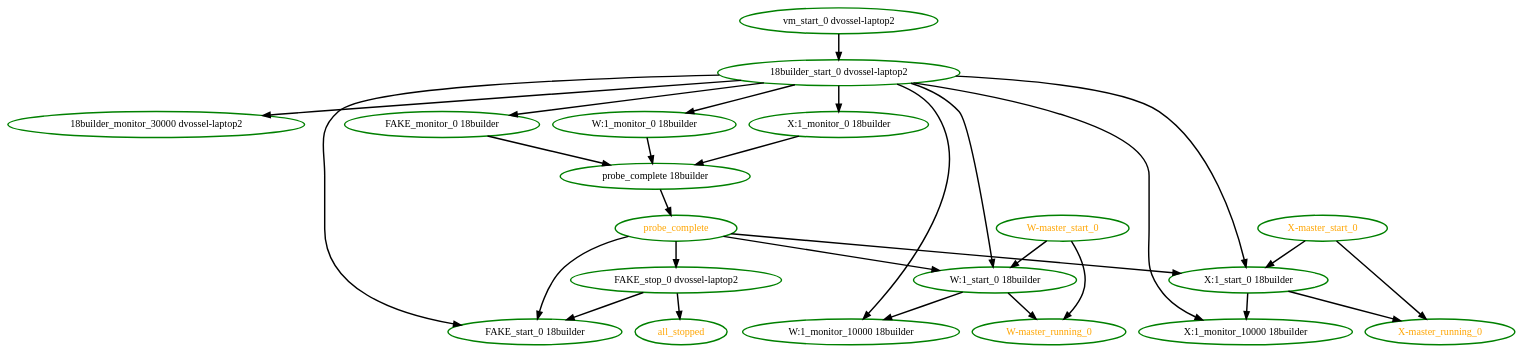
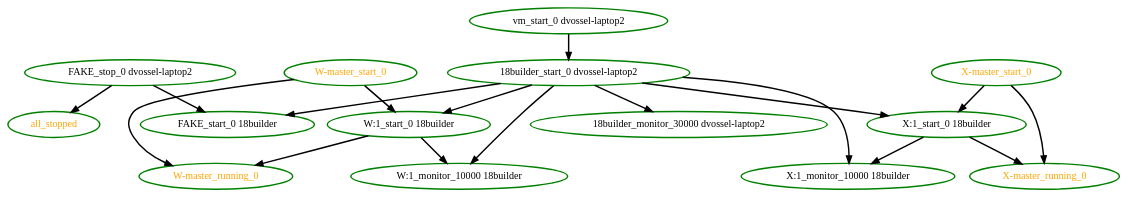
The diagram in pengine/test10/whitebox-fail3.dot (ClusterLabs/pacemaker), drawn with Graphviz before and after one commit. The commit also changed 37 other files, not shown here.

```diff
--- a/pengine/test10/whitebox-fail3.dot
+++ b/pengine/test10/whitebox-fail3.dot
@@ -1,49 +1,33 @@
 digraph "g" {
 "18builder_monitor_30000 dvossel-laptop2" [ style=bold color="green" fontcolor="black"]
 "18builder_start_0 dvossel-laptop2" -> "18builder_monitor_30000 dvossel-laptop2" [ style = bold]
-"18builder_start_0 dvossel-laptop2" -> "FAKE_monitor_0 18builder" [ style = bold]
 "18builder_start_0 dvossel-laptop2" -> "FAKE_start_0 18builder" [ style = bold]
-"18builder_start_0 dvossel-laptop2" -> "W:1_monitor_0 18builder" [ style = bold]
 "18builder_start_0 dvossel-laptop2" -> "W:1_monitor_10000 18builder" [ style = bold]
 "18builder_start_0 dvossel-laptop2" -> "W:1_start_0 18builder" [ style = bold]
-"18builder_start_0 dvossel-laptop2" -> "X:1_monitor_0 18builder" [ style = bold]
 "18builder_start_0 dvossel-laptop2" -> "X:1_monitor_10000 18builder" [ style = bold]
 "18builder_start_0 dvossel-laptop2" -> "X:1_start_0 18builder" [ style = bold]
 "18builder_start_0 dvossel-laptop2" [ style=bold color="green" fontcolor="black"]
-"FAKE_monitor_0 18builder" -> "probe_complete 18builder" [ style = bold]
-"FAKE_monitor_0 18builder" [ style=bold color="green" fontcolor="black"]
 "FAKE_start_0 18builder" [ style=bold color="green" fontcolor="black"]
 "FAKE_stop_0 dvossel-laptop2" -> "FAKE_start_0 18builder" [ style = bold]
 "FAKE_stop_0 dvossel-laptop2" -> "all_stopped" [ style = bold]
 "FAKE_stop_0 dvossel-laptop2" [ style=bold color="green" fontcolor="black"]
 "W-master_running_0" [ style=bold color="green" fontcolor="orange"]
 "W-master_start_0" -> "W-master_running_0" [ style = bold]
 "W-master_start_0" -> "W:1_start_0 18builder" [ style = bold]
 "W-master_start_0" [ style=bold color="green" fontcolor="orange"]
-"W:1_monitor_0 18builder" -> "probe_complete 18builder" [ style = bold]
-"W:1_monitor_0 18builder" [ style=bold color="green" fontcolor="black"]
 "W:1_monitor_10000 18builder" [ style=bold color="green" fontcolor="black"]
 "W:1_start_0 18builder" -> "W-master_running_0" [ style = bold]
 "W:1_start_0 18builder" -> "W:1_monitor_10000 18builder" [ style = bold]
 "W:1_start_0 18builder" [ style=bold color="green" fontcolor="black"]
 "X-master_running_0" [ style=bold color="green" fontcolor="orange"]
 "X-master_start_0" -> "X-master_running_0" [ style = bold]
 "X-master_start_0" -> "X:1_start_0 18builder" [ style = bold]
 "X-master_start_0" [ style=bold color="green" fontcolor="orange"]
-"X:1_monitor_0 18builder" -> "probe_complete 18builder" [ style = bold]
-"X:1_monitor_0 18builder" [ style=bold color="green" fontcolor="black"]
 "X:1_monitor_10000 18builder" [ style=bold color="green" fontcolor="black"]
 "X:1_start_0 18builder" -> "X-master_running_0" [ style = bold]
 "X:1_start_0 18builder" -> "X:1_monitor_10000 18builder" [ style = bold]
 "X:1_start_0 18builder" [ style=bold color="green" fontcolor="black"]
 "all_stopped" [ style=bold color="green" fontcolor="orange"]
-"probe_complete 18builder" -> "probe_complete" [ style = bold]
-"probe_complete 18builder" [ style=bold color="green" fontcolor="black"]
-"probe_complete" -> "FAKE_start_0 18builder" [ style = bold]
-"probe_complete" -> "FAKE_stop_0 dvossel-laptop2" [ style = bold]
-"probe_complete" -> "W:1_start_0 18builder" [ style = bold]
-"probe_complete" -> "X:1_start_0 18builder" [ style = bold]
-"probe_complete" [ style=bold color="green" fontcolor="orange"]
 "vm_start_0 dvossel-laptop2" -> "18builder_start_0 dvossel-laptop2" [ style = bold]
 "vm_start_0 dvossel-laptop2" [ style=bold color="green" fontcolor="black"]
 }
```
